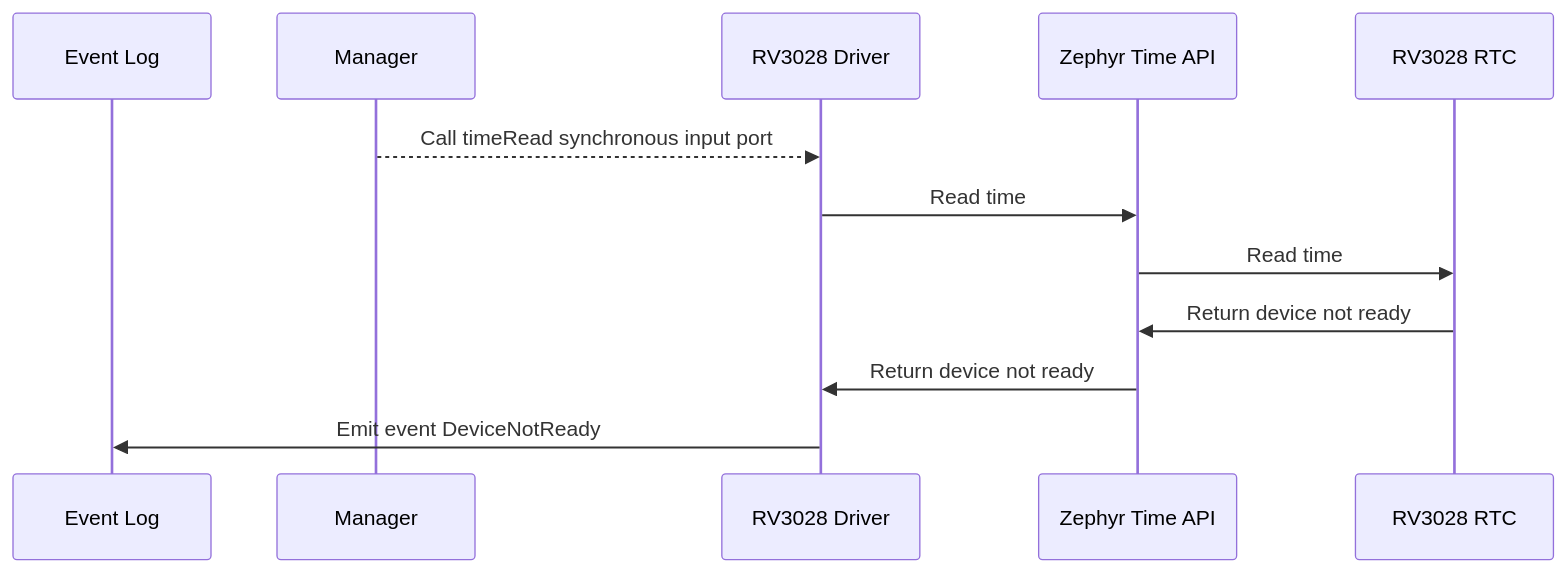
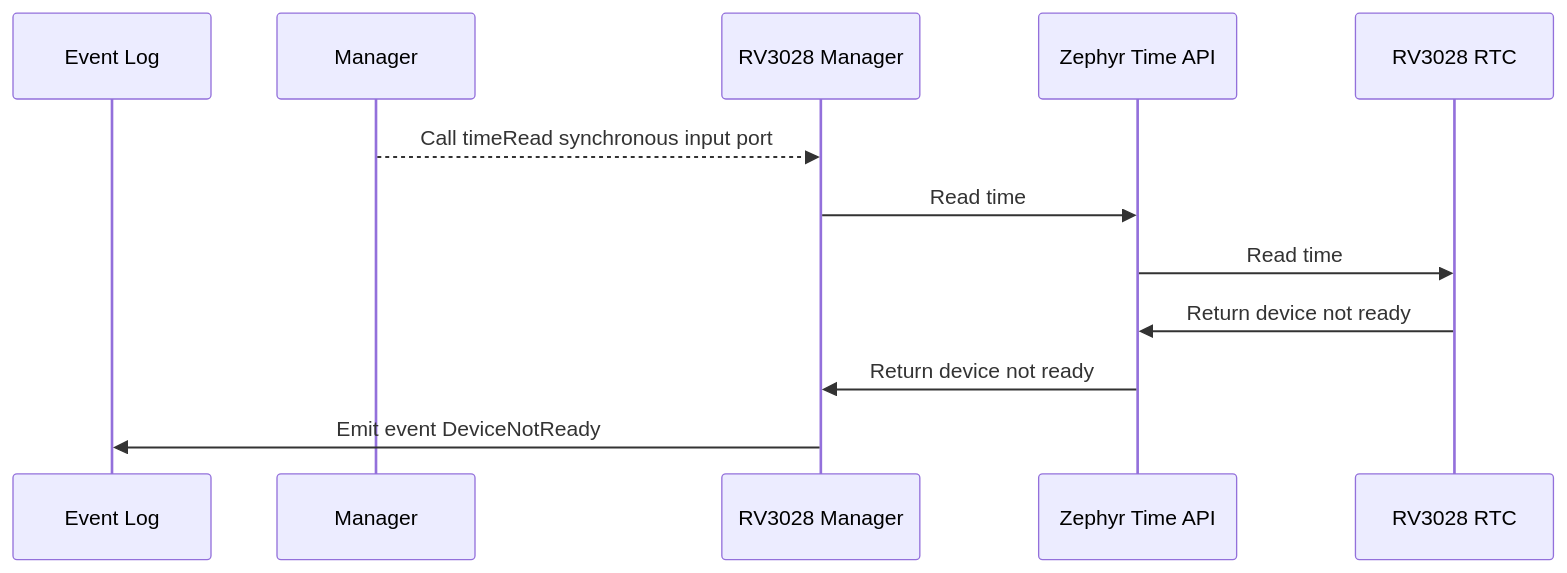
One commit to Open-Source-Space-Foundation/proves-core-reference changed the fifth of 8 diagrams in FprimeZephyrReference/Components/Drv/Rv3028Manager/docs/sdd.md. Above: the diagram before and after it, drawn with Mermaid. The commit also changed other lines of this file and 8 other files, not shown here.

Commit message:
Rename references from Rv3028Driver to Rv3028Manager

````diff
--- a/FprimeZephyrReference/Components/Drv/Rv3028Manager/docs/sdd.md
+++ b/FprimeZephyrReference/Components/Drv/Rv3028Manager/docs/sdd.md
@@ -128,14 +128,14 @@
 ```mermaid
 sequenceDiagram
     participant Event Log
     participant Manager
-    participant RV3028 Driver
+    participant RV3028 Manager
     participant Zephyr Time API
     participant RV3028 RTC
-    Manager-->>RV3028 Driver: Call timeRead synchronous input port
-    RV3028 Driver->>Zephyr Time API: Read time
+    Manager-->>RV3028 Manager: Call timeRead synchronous input port
+    RV3028 Manager->>Zephyr Time API: Read time
     Zephyr Time API->>RV3028 RTC: Read time
     RV3028 RTC->>Zephyr Time API: Return device not ready
-    Zephyr Time API->>RV3028 Driver: Return device not ready
-    RV3028 Driver->>Event Log: Emit event DeviceNotReady
+    Zephyr Time API->>RV3028 Manager: Return device not ready
+    RV3028 Manager->>Event Log: Emit event DeviceNotReady
 ```
````
